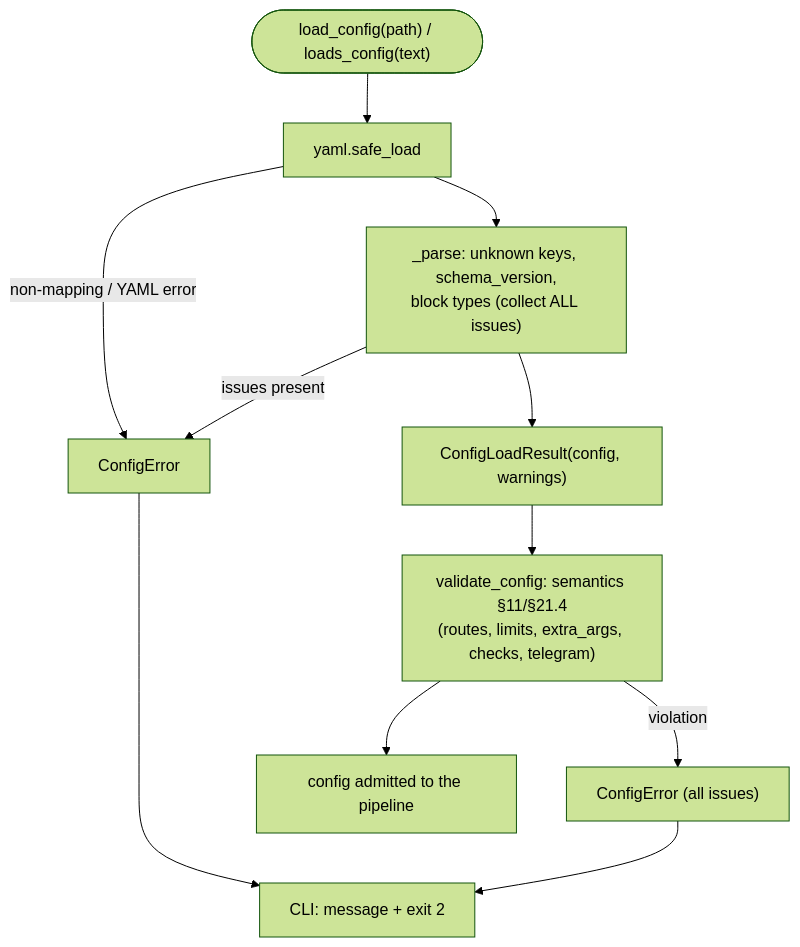
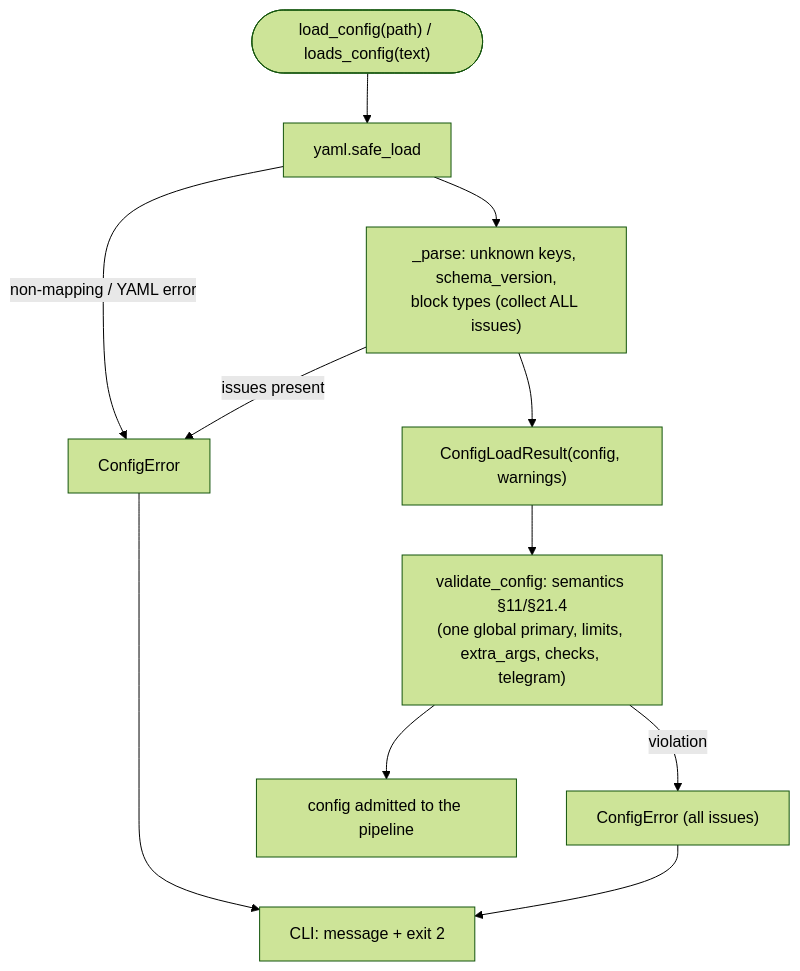
Before and after one commit to VladimirMakarevich/wastech-orchestrator: the diagram in docs/functional/blocks/B05-configuration.md, drawn with Mermaid (forest theme). The commit also changed other lines of this file and 64 other files, not shown here.

First line of the commit message:
refactor: routing and configuration tests to support global primary provider

````diff
--- a/docs/functional/blocks/B05-configuration.md
+++ b/docs/functional/blocks/B05-configuration.md
@@ -50,13 +50,13 @@
 ```mermaid
 flowchart TB
     start(["load_config(path) / loads_config(text)"]) --> y["yaml.safe_load"]
     y -->|"non-mapping / YAML error"| e1["ConfigError"]
     y --> parse["_parse: unknown keys, schema_version,<br/>block types (collect ALL issues)"]
     parse -->|"issues present"| e1
     parse --> res["ConfigLoadResult(config, warnings)"]
-    res --> val["validate_config: semantics §11/§21.4<br/>(routes, limits, extra_args, checks, telegram)"]
+    res --> val["validate_config: semantics §11/§21.4<br/>(one global primary, limits, extra_args, checks, telegram)"]
     val -->|violation| e2["ConfigError (all issues)"]
     val --> ok["config admitted to the pipeline"]
     e1 --> exit2["CLI: message + exit 2"]
     e2 --> exit2
 ```
````
